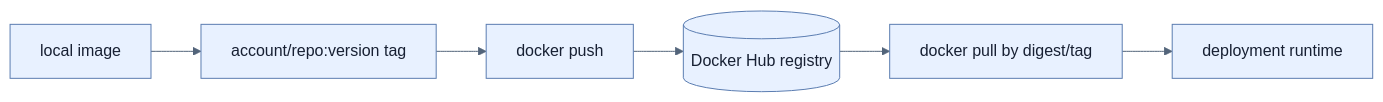
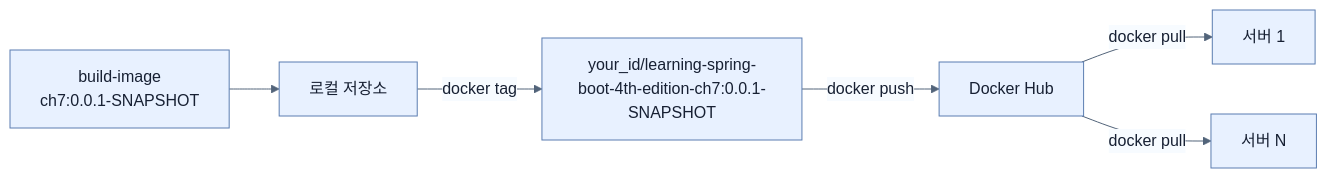
Before and after one commit to sing-u8/Learning_Spring_Boot_4: the second of 2 diagrams in spring-boot-4-pdf-notes/part-3-releasing-an-application-with-spring-boot/chapter-7-releasing-an-application-with-spring-boot/03-publishing-an-image-to-docker-hub.md, drawn with Mermaid. The commit also changed other lines of this file and 253 other files, not shown here.

````diff
--- a/spring-boot-4-pdf-notes/part-3-releasing-an-application-with-spring-boot/chapter-7-releasing-an-application-with-spring-boot/03-publishing-an-image-to-docker-hub.md
+++ b/spring-boot-4-pdf-notes/part-3-releasing-an-application-with-spring-boot/chapter-7-releasing-an-application-with-spring-boot/03-publishing-an-image-to-docker-hub.md
@@ -32,9 +131,9 @@
 ```mermaid
 %%{init: {'theme': 'base', 'themeVariables': {'background': '#ffffff', 'primaryColor': '#e8f1ff', 'primaryTextColor': '#172033', 'primaryBorderColor': '#5b7db1', 'lineColor': '#52647a', 'secondaryColor': '#f7fbff', 'tertiaryColor': '#fff7df'}}}%%
 flowchart LR
-    L[local image] --> T[account/repo:version tag]
-    T --> P[docker push]
-    P --> H[(Docker Hub registry)]
-    H --> Q[docker pull by digest/tag]
-    Q --> R[deployment runtime]
+    B["build-image<br/>ch7:0.0.1-SNAPSHOT"] --> L["로컬 저장소"]
+    L -->|"docker tag"| N["your_id/learning-spring-boot-4th-edition-ch7:0.0.1-SNAPSHOT"]
+    N -->|"docker push"| H["Docker Hub"]
+    H -->|"docker pull"| S1["서버 1"]
+    H -->|"docker pull"| S2["서버 N"]
 ```
````
